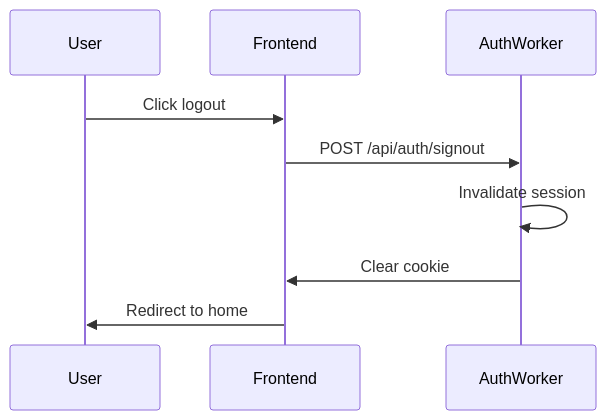
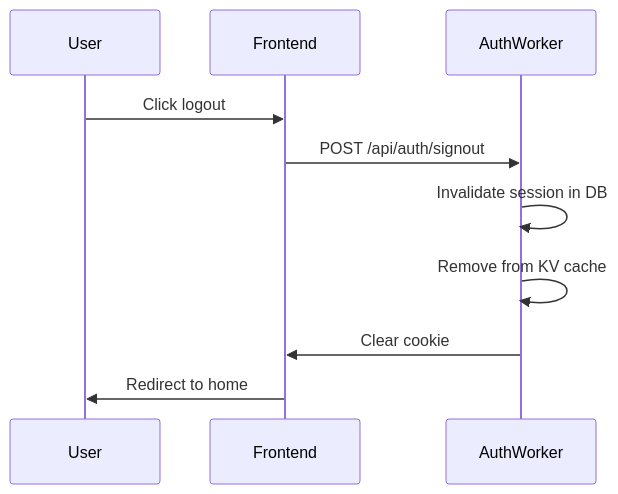
The sixth of 8 diagrams in design/frontend/AUTH.md (brucemckayone/codex), drawn with Mermaid before and after one commit. The commit also changed other lines of this file and 5 other files, not shown here.

````diff
--- a/design/frontend/AUTH.md
+++ b/design/frontend/AUTH.md
@@ -143,12 +192,13 @@
 ```mermaid
 sequenceDiagram
     participant User
     participant Frontend
     participant AuthWorker
 
     User->>Frontend: Click logout
     Frontend->>AuthWorker: POST /api/auth/signout
-    AuthWorker->>AuthWorker: Invalidate session
+    AuthWorker->>AuthWorker: Invalidate session in DB
+    AuthWorker->>AuthWorker: Remove from KV cache
     AuthWorker->>Frontend: Clear cookie
     Frontend->>User: Redirect to home
 ```
````
